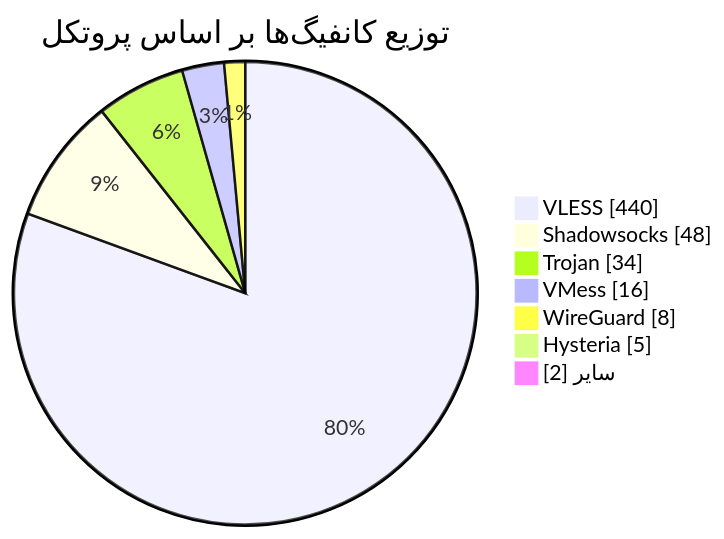
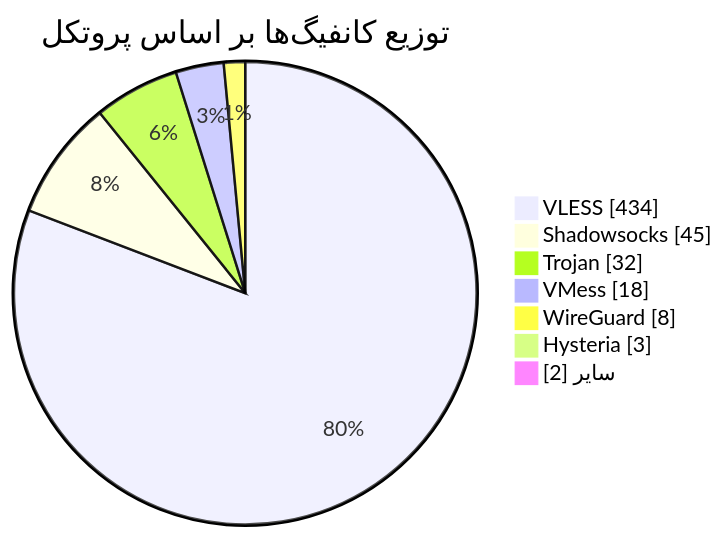
The diagram in README.md (Arian-Alijani/Somthing), drawn with Mermaid before and after one commit. The commit also changed other lines of this file and 83 other files, not shown here.

````diff
--- a/README.md
+++ b/README.md
@@ -49,11 +49,11 @@
 ```mermaid
 pie showData
     title توزیع کانفیگ‌ها بر اساس پروتکل
-    "VLESS" : 440
-    "Shadowsocks" : 48
-    "Trojan" : 34
-    "VMess" : 16
+    "VLESS" : 434
+    "Shadowsocks" : 45
+    "Trojan" : 32
+    "VMess" : 18
     "WireGuard" : 8
-    "Hysteria" : 5
+    "Hysteria" : 3
     "سایر" : 2
 ```
````
